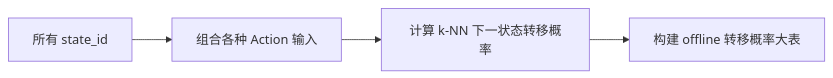
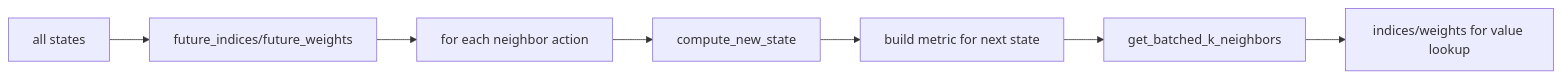
Before and after one commit to EvihGraphics/AnimationTech-HTC: the eighth of 10 diagrams in docs/blog/AnimationPapers/motion_fields_for_interactive_character_animation/README.md, drawn with Mermaid. The commit also changed other lines of this file and 6 other files, not shown here.

````diff
--- a/docs/blog/AnimationPapers/motion_fields_for_interactive_character_animation/README.md
+++ b/docs/blog/AnimationPapers/motion_fields_for_interactive_character_animation/README.md
@@ -167,6 +183,9 @@
 ```mermaid
 flowchart LR
-    A[所有 state_id] --> B[组合各种 Action 输入]
-    B --> C[计算 k-NN 下一状态转移概率]
-    C --> D[构建 offline 转移概率大表]
+    A[all states] --> B[future_indices/future_weights]
+    B --> C[for each neighbor action]
+    C --> D[compute_new_state]
+    D --> E[build metric for next state]
+    E --> F[get_batched_k_neighbors]
+    F --> G[indices/weights for value lookup]
 ```
````
